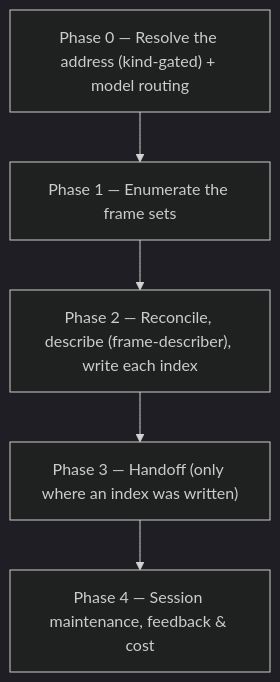
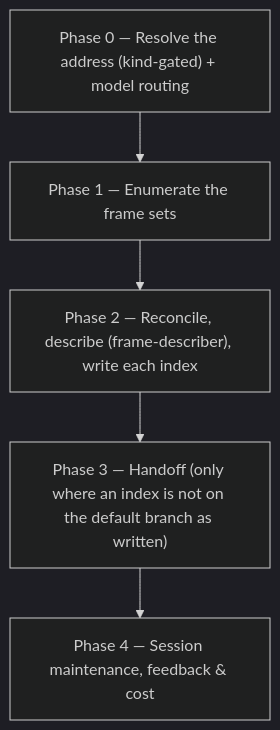
One commit to ihudak/ai-workflows changed the diagram in plugins/workflows-core/docs/commands/frames.md. Above: the diagram before and after it, drawn with Mermaid (dark theme). The commit also changed other lines of this file and 9 other files, not shown here.

First line of the commit message:
fix(workflows-core): picker remainder last and bare keys; re-review label; /frames offers a handoff only for an index not on the default branch; "1 file" (LC13, LC20, LC22, LC26)

````diff
--- a/plugins/workflows-core/docs/commands/frames.md
+++ b/plugins/workflows-core/docs/commands/frames.md
@@ -29,7 +29,7 @@
 ```mermaid
 flowchart TD
     p0["Phase 0 — Resolve the address (kind-gated) + model routing"] --> p1["Phase 1 — Enumerate the frame sets"]
     p1 --> p2["Phase 2 — Reconcile, describe (frame-describer), write each index"]
-    p2 --> p3["Phase 3 — Handoff (only where an index was written)"]
+    p2 --> p3["Phase 3 — Handoff (only where an index is not on the default branch as written)"]
     p3 --> p4["Phase 4 — Session maintenance, feedback & cost"]
 ```
````
